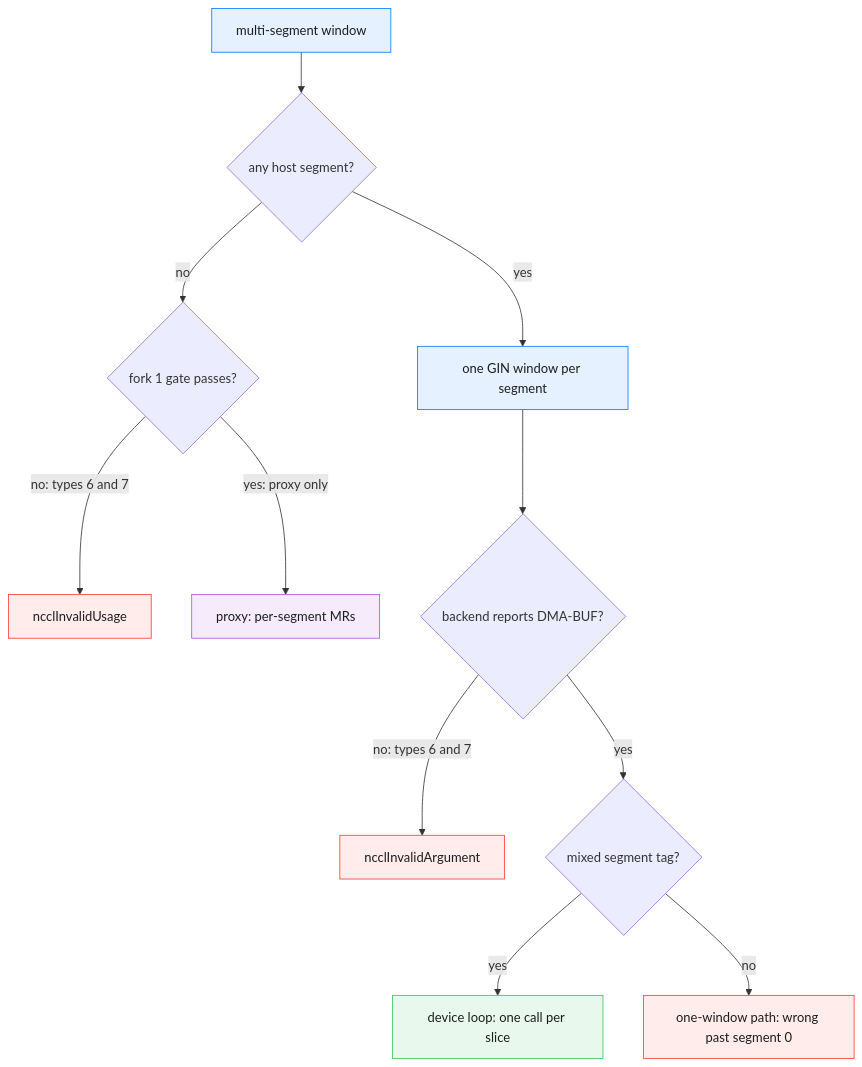
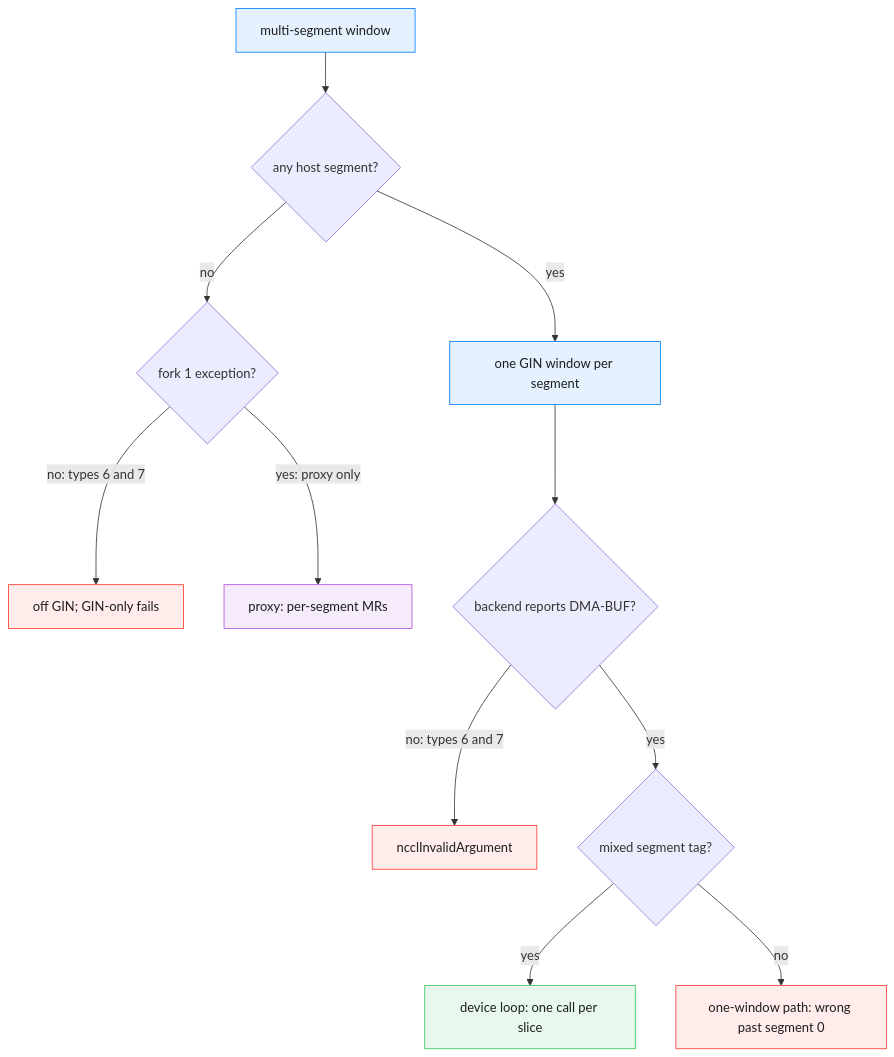
One commit to ROCm/rocm-systems changed the first of 2 diagrams in projects/rccl/docs/design/multi_segment_gin_rocshmem_gda_and_anvil_sdma.md. Above: the diagram before and after it, drawn with Mermaid. The commit also changed other lines of this file and 14 other files, not shown here.

````diff
--- a/projects/rccl/docs/design/multi_segment_gin_rocshmem_gda_and_anvil_sdma.md
+++ b/projects/rccl/docs/design/multi_segment_gin_rocshmem_gda_and_anvil_sdma.md
@@ -50,22 +50,22 @@
 ```mermaid
 %% caption: How develop and the fork stack route a multi-segment window on GIN types 6 and 7
 flowchart TD
  w["multi-segment window"] --> host{"any host segment?"}
- host -->|no| gate{"fork 1 gate passes?"}
- gate -->|"no: types 6 and 7"| rej["ncclInvalidUsage"]
+ host -->|no| gate{"fork 1 exception?"}
+ gate -->|"no: types 6 and 7"| rej["off GIN; GIN-only fails"]
  gate -->|"yes: proxy only"| proxy["proxy: per-segment MRs"]
  host -->|yes| per["one GIN window per segment"]
  per --> dma{"backend reports DMA-BUF?"}
  dma -->|"no: types 6 and 7"| inv["ncclInvalidArgument"]
  dma -->|yes| tag{"mixed segment tag?"}
  tag -->|yes| loop["device loop: one call per slice"]
  tag -->|no| one["one-window path: wrong past segment 0"]
  classDef gin fill:#e5f1ff,stroke:#007aff,color:#1d1d1f
  classDef rma fill:#f5ebfb,stroke:#af52de,color:#1d1d1f
  classDef okpath fill:#e8f8ec,stroke:#34c759,color:#1d1d1f
  classDef failpath fill:#ffeceb,stroke:#ff3b30,color:#1d1d1f
  class w,per gin
  class loop okpath
  class proxy rma
  class one,rej,inv failpath
 ```
````
